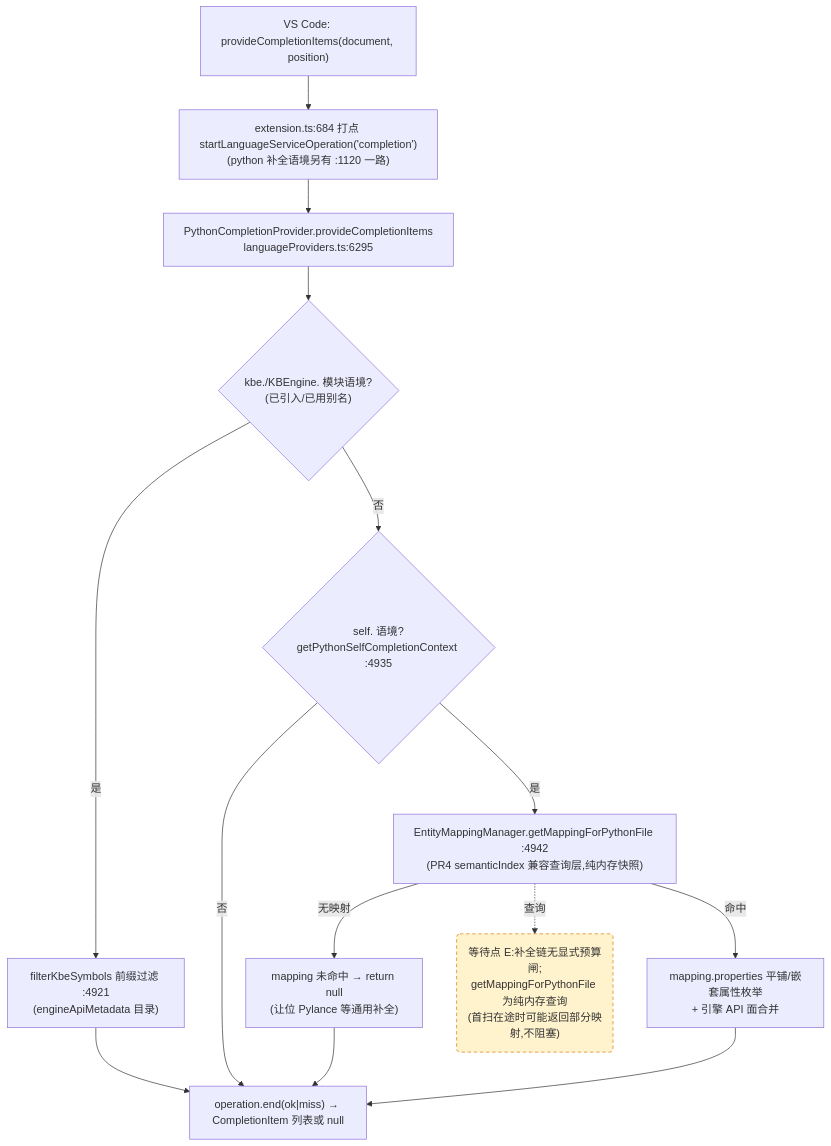
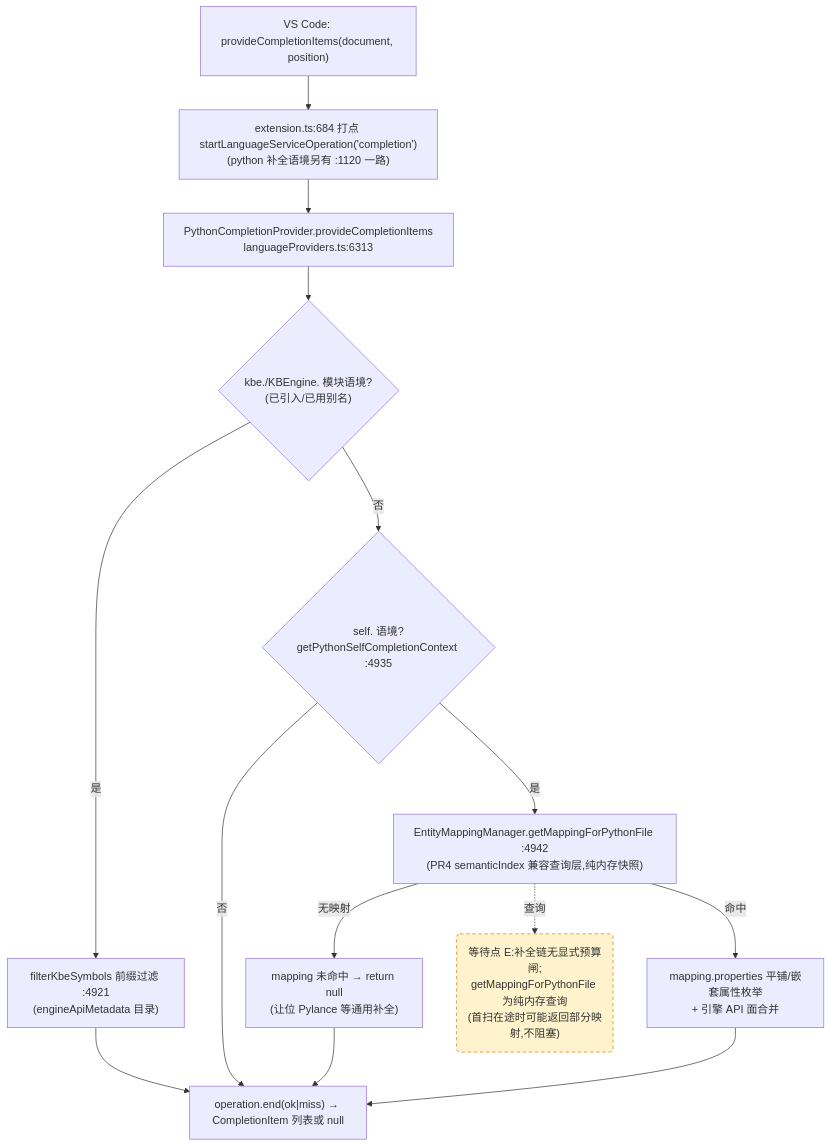
One commit to cuihairu/kode changed the third of 4 diagrams in docs/perf/2026-baseline.md. Above: the diagram before and after it, drawn with Mermaid. The commit also changed other lines of this file and 4 other files, not shown here.

````diff
--- a/docs/perf/2026-baseline.md
+++ b/docs/perf/2026-baseline.md
@@ -184,27 +184,27 @@
 ```mermaid
 flowchart TD
   VC3["VS Code: provideCompletionItems(document, position)"]
   M3["extension.ts:684 打点 startLanguageServiceOperation('completion')<br/>(python 补全语境另有 :1120 一路)"]
-  CP["PythonCompletionProvider.provideCompletionItems<br/>languageProviders.ts:6295"]
+  CP["PythonCompletionProvider.provideCompletionItems<br/>languageProviders.ts:6313"]
   KBEC{"kbe./KBEngine. 模块语境?<br/>(已引入/已用别名)"}
   FILTER["filterKbeSymbols 前缀过滤 :4921<br/>(engineApiMetadata 目录)"]
   SELFC{"self. 语境?<br/>getPythonSelfCompletionContext :4935"}
   MAP["EntityMappingManager.getMappingForPythonFile :4942<br/>(PR4 semanticIndex 兼容查询层,纯内存快照)"]
   NOMAP["mapping 未命中 → return null<br/>(让位 Pylance 等通用补全)"]
   PROPS["mapping.properties 平铺/嵌套属性枚举<br/>+ 引擎 API 面合并"]
   END3["operation.end(ok|miss) → CompletionItem 列表或 null"]
 
   VC3 --> M3 --> CP --> KBEC
   KBEC -- "是" --> FILTER --> END3
   KBEC -- "否" --> SELFC
   SELFC -- "否" --> END3
   SELFC -- "是" --> MAP
   MAP -- "无映射" --> NOMAP --> END3
   MAP -- "命中" --> PROPS --> END3
 
   WAITE("等待点 E:补全链无显式预算闸;<br/>getMappingForPythonFile 为纯内存查询<br/>(首扫在途时可能返回部分映射,不阻塞)")
   MAP -.->|查询| WAITE
 
   classDef waitPoint fill:#fff3cd,stroke:#d97706,stroke-dasharray:5 4;
   class WAITE waitPoint;
 ```
````
